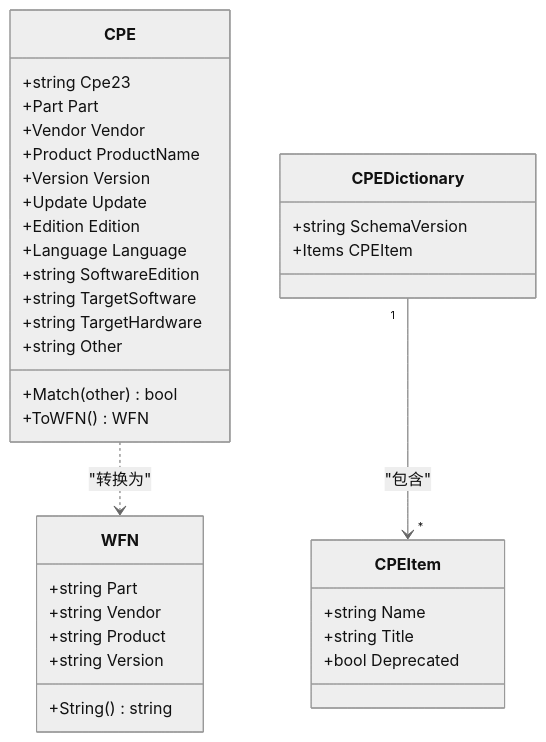
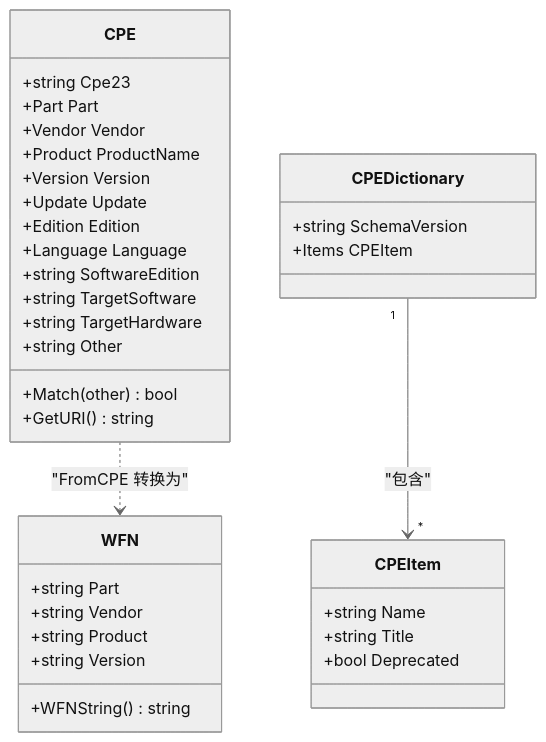
One commit to scagogogo/cpe-skills changed the diagram in website/zh/api/types.md. Above: the diagram before and after it, drawn with Mermaid (neutral theme). The commit also changed other lines of this file and 18 other files, not shown here.

````diff
--- a/website/zh/api/types.md
+++ b/website/zh/api/types.md
@@ -7,37 +7,37 @@
 ```mermaid
 classDiagram
     class CPE {
         +string Cpe23
         +Part Part
         +Vendor Vendor
         +Product ProductName
         +Version Version
         +Update Update
         +Edition Edition
         +Language Language
         +string SoftwareEdition
         +string TargetSoftware
         +string TargetHardware
         +string Other
         +Match(other) bool
-        +ToWFN() WFN
+        +GetURI() string
     }
     class WFN {
         +string Part
         +string Vendor
         +string Product
         +string Version
-        +String() string
+        +WFNString() string
     }
     class CPEDictionary {
         +string SchemaVersion
         +Items CPEItem
     }
     class CPEItem {
         +string Name
         +string Title
         +bool Deprecated
     }
-    CPE ..> WFN : "转换为"
+    CPE ..> WFN : "FromCPE 转换为"
     CPEDictionary "1" --> "*" CPEItem : "包含"
 ```
````
